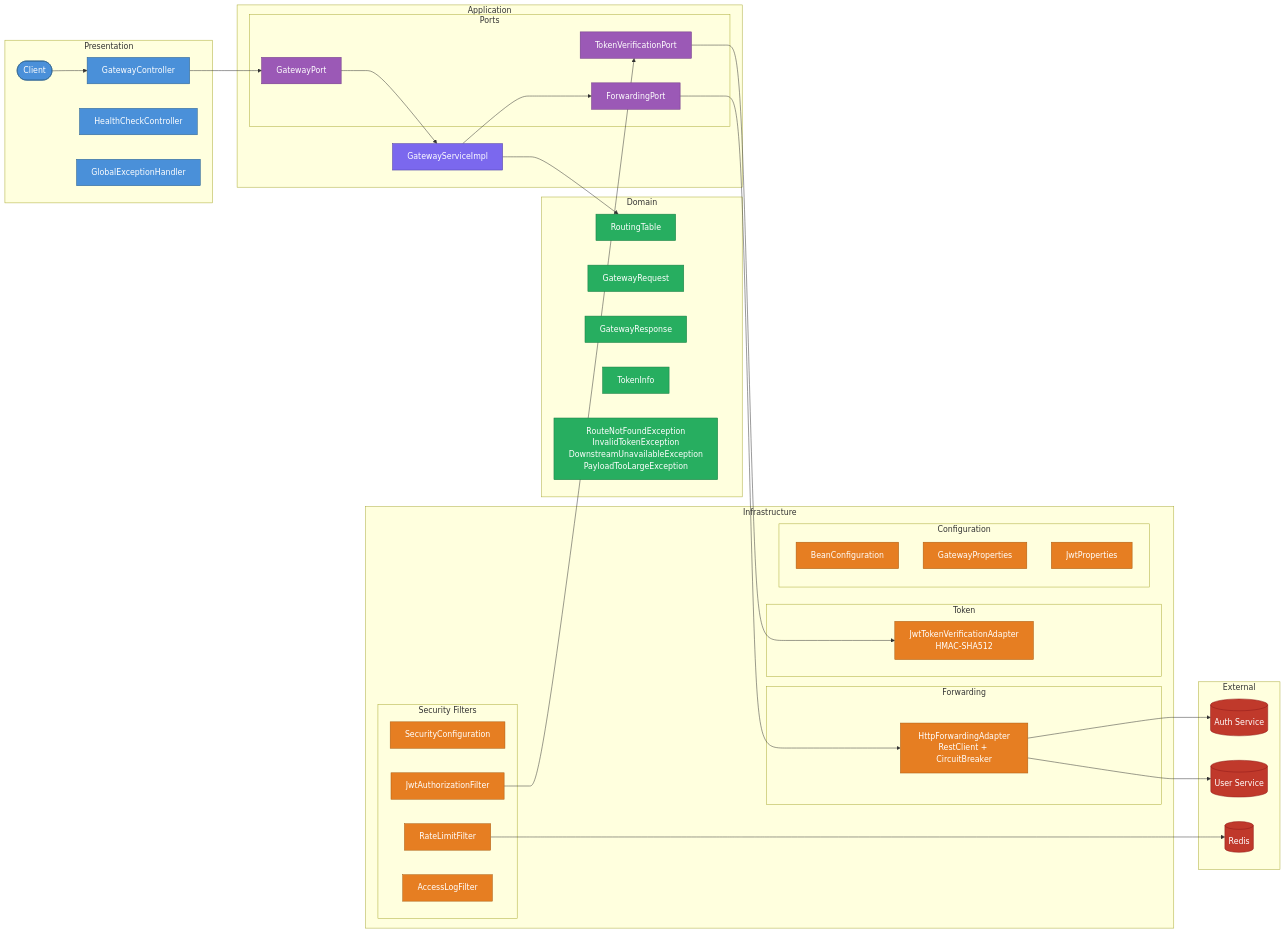
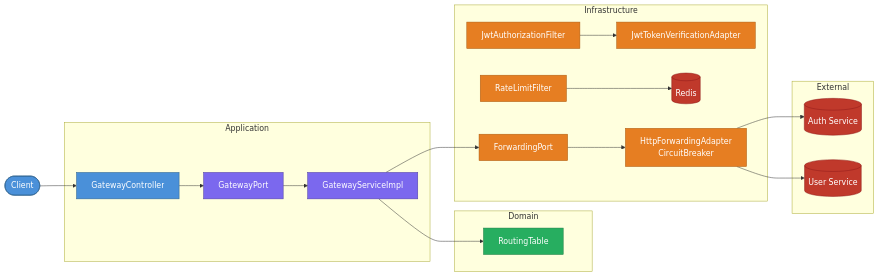
One commit to mrzodeczko-dev/security-platform changed the second of 2 diagrams in README.md. Above: the diagram before and after it, drawn with Mermaid. The commit also changed 1 other file, not shown here.

Commit message:
chore: update JaCoCo version in pom.xml and refine architecture diagram in README

````diff
--- a/README.md
+++ b/README.md
@@ -293,74 +293,36 @@
 ```mermaid
 graph LR
     classDef presentation fill:#4a90d9,stroke:#2c5f8a,color:#fff
     classDef application fill:#7b68ee,stroke:#4a3aa0,color:#fff
-    classDef port fill:#9b59b6,stroke:#6c3483,color:#fff
     classDef domain fill:#27ae60,stroke:#1a7a42,color:#fff
     classDef infra fill:#e67e22,stroke:#a85a0f,color:#fff
     classDef external fill:#c0392b,stroke:#8e1a1a,color:#fff
 
-    subgraph PRESENTATION["Presentation"]
-        C([Client])
-        GC[GatewayController]
-        HC[HealthCheckController]
-        GEH[GlobalExceptionHandler]
-    end
+    C([Client]) --> GC[GatewayController]
 
     subgraph APPLICATION["Application"]
-        GS[GatewayServiceImpl]
-        subgraph PORTS["Ports"]
-            GP[GatewayPort]
-            FP[ForwardingPort]
-            TVP[TokenVerificationPort]
-        end
+        GC --> GP[GatewayPort] --> GS[GatewayServiceImpl]
     end
 
     subgraph DOMAIN["Domain"]
-        RT[RoutingTable]
-        GReq[GatewayRequest]
-        GRes[GatewayResponse]
-        TI[TokenInfo]
-        EX[RouteNotFoundException<br/>InvalidTokenException<br/>DownstreamUnavailableException<br/>PayloadTooLargeException]
+        GS --> RT[RoutingTable]
     end
 
     subgraph INFRASTRUCTURE["Infrastructure"]
-        subgraph SECURITY["Security Filters"]
-            SC[SecurityConfiguration]
-            JF[JwtAuthorizationFilter]
-            RLF[RateLimitFilter]
-            ALF[AccessLogFilter]
-        end
-        subgraph FORWARDING["Forwarding"]
-            HFA[HttpForwardingAdapter<br/>RestClient + CircuitBreaker]
-        end
-        subgraph TOKEN["Token"]
-            JTA[JwtTokenVerificationAdapter<br/>HMAC-SHA512]
-        end
-        subgraph CONFIG["Configuration"]
-            BC[BeanConfiguration]
-            GP2[GatewayProperties]
-            JP[JwtProperties]
-        end
+        JF[JwtAuthorizationFilter] --> JTA[JwtTokenVerificationAdapter]
+        RLF[RateLimitFilter] --> RD
+        GS --> FP[ForwardingPort] --> HFA[HttpForwardingAdapter<br/>CircuitBreaker]
     end
 
     subgraph EXTERNAL["External"]
-        AS[(Auth Service)]
-        US[(User Service)]
+        HFA --> AS[(Auth Service)]
+        HFA --> US[(User Service)]
         RD[(Redis)]
     end
 
-    C --> GC --> GP --> GS
-    GS --> FP --> HFA
-    GS --> RT
-    JF --> TVP --> JTA
-    RLF --> RD
-    HFA --> AS
-    HFA --> US
-
-    class C,GC,HC,GEH presentation
-    class GS application
-    class GP,FP,TVP port
-    class RT,GReq,GRes,TI,EX domain
-    class SC,JF,RLF,ALF,HFA,JTA,BC,GP2,JP infra
+    class C,GC presentation
+    class GP,GS application
+    class RT domain
+    class JF,JTA,RLF,HFA,FP infra
     class AS,US,RD external
 ```
````
